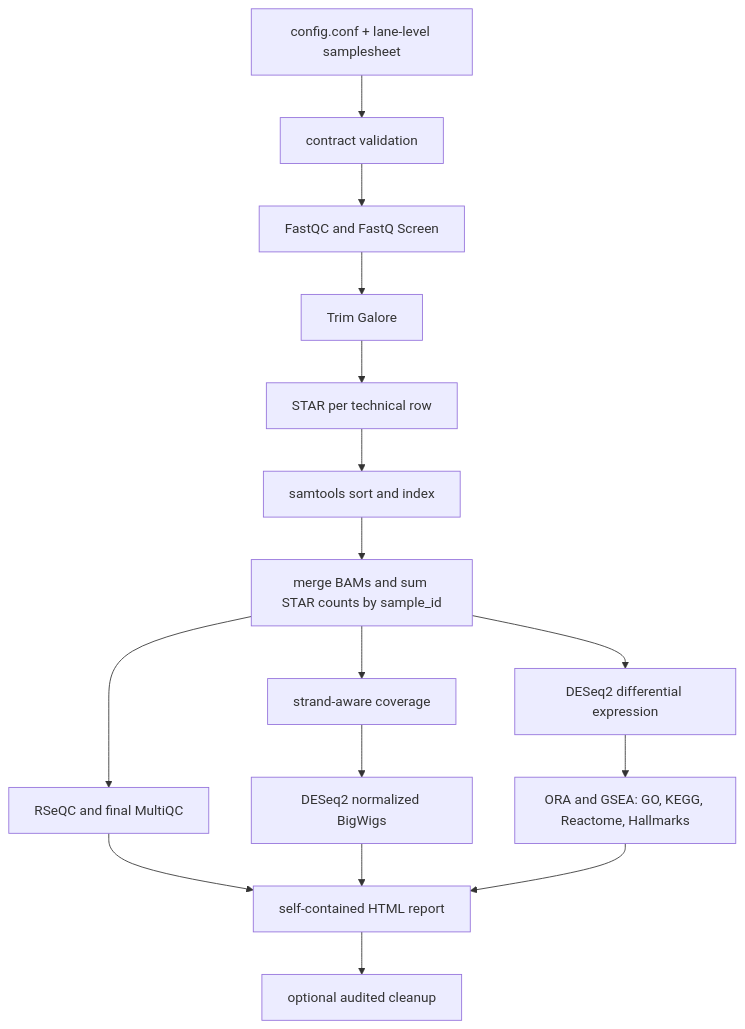
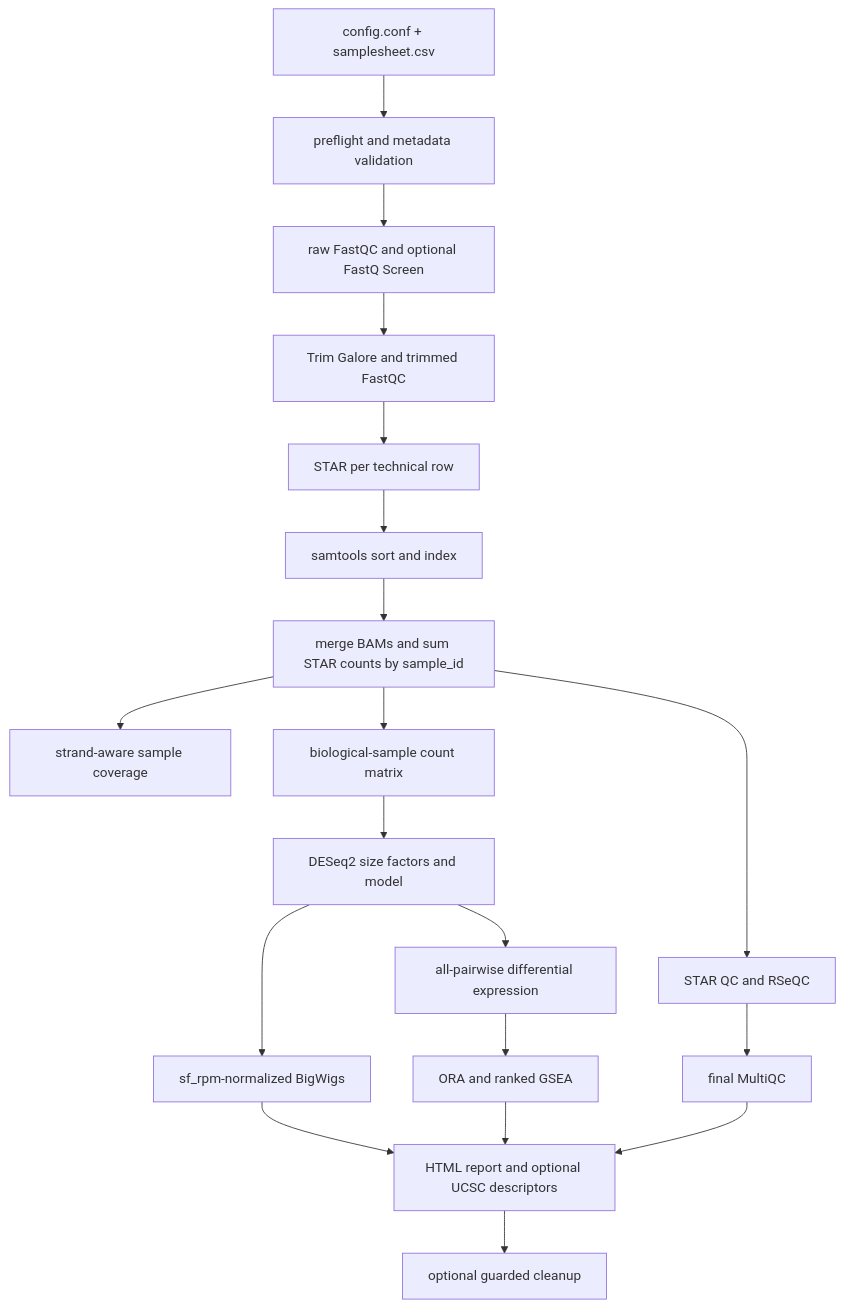
The diagram in README.md (MichalGd/rnaseq2tracks), drawn with Mermaid before and after one commit. The commit also changed other lines of this file and 16 other files, not shown here.

````diff
--- a/README.md
+++ b/README.md
@@ -60,18 +96,21 @@
 ```mermaid
 flowchart TD
-    A[config.conf + lane-level samplesheet] --> B[contract validation]
-    B --> C[FastQC and FastQ Screen]
-    C --> D[Trim Galore]
+    A[config.conf + samplesheet.csv] --> B[preflight and metadata validation]
+    B --> C[raw FastQC and optional FastQ Screen]
+    C --> D[Trim Galore and trimmed FastQC]
     D --> E[STAR per technical row]
     E --> F[samtools sort and index]
     F --> G[merge BAMs and sum STAR counts by sample_id]
-    G --> H[RSeQC and final MultiQC]
-    G --> I[strand-aware coverage]
-    I --> J[DESeq2 normalized BigWigs]
-    G --> K[DESeq2 differential expression]
-    K --> L[ORA and GSEA: GO, KEGG, Reactome, Hallmarks]
-    H --> M[self-contained HTML report]
-    J --> M
-    L --> M
-    M --> N[optional audited cleanup]
+    G --> H[STAR QC and RSeQC]
+    G --> I[strand-aware sample coverage]
+    G --> J[biological-sample count matrix]
+    J --> K[DESeq2 size factors and model]
+    K --> L[sf_rpm-normalized BigWigs]
+    K --> M[all-pairwise differential expression]
+    M --> N[ORA and ranked GSEA]
+    H --> O[final MultiQC]
+    L --> P[HTML report and optional UCSC descriptors]
+    N --> P
+    O --> P
+    P --> Q[optional guarded cleanup]
 ```
````
